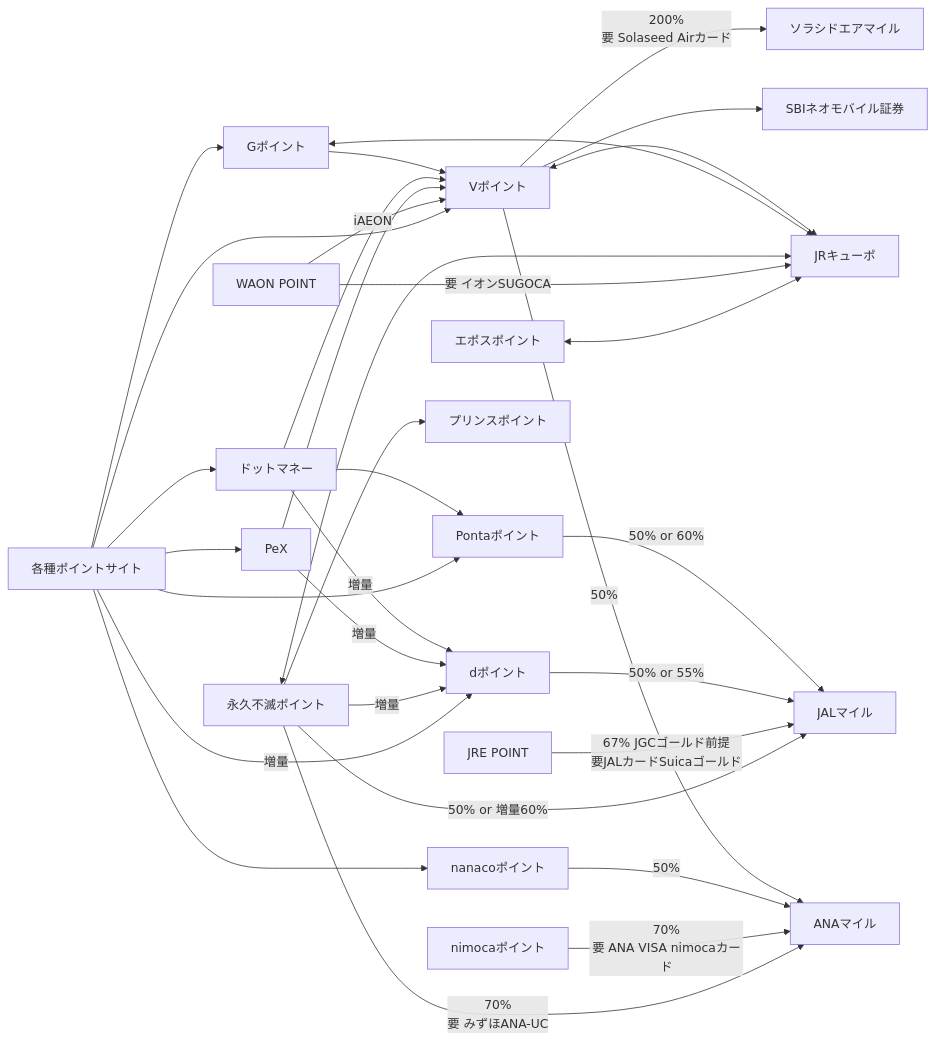
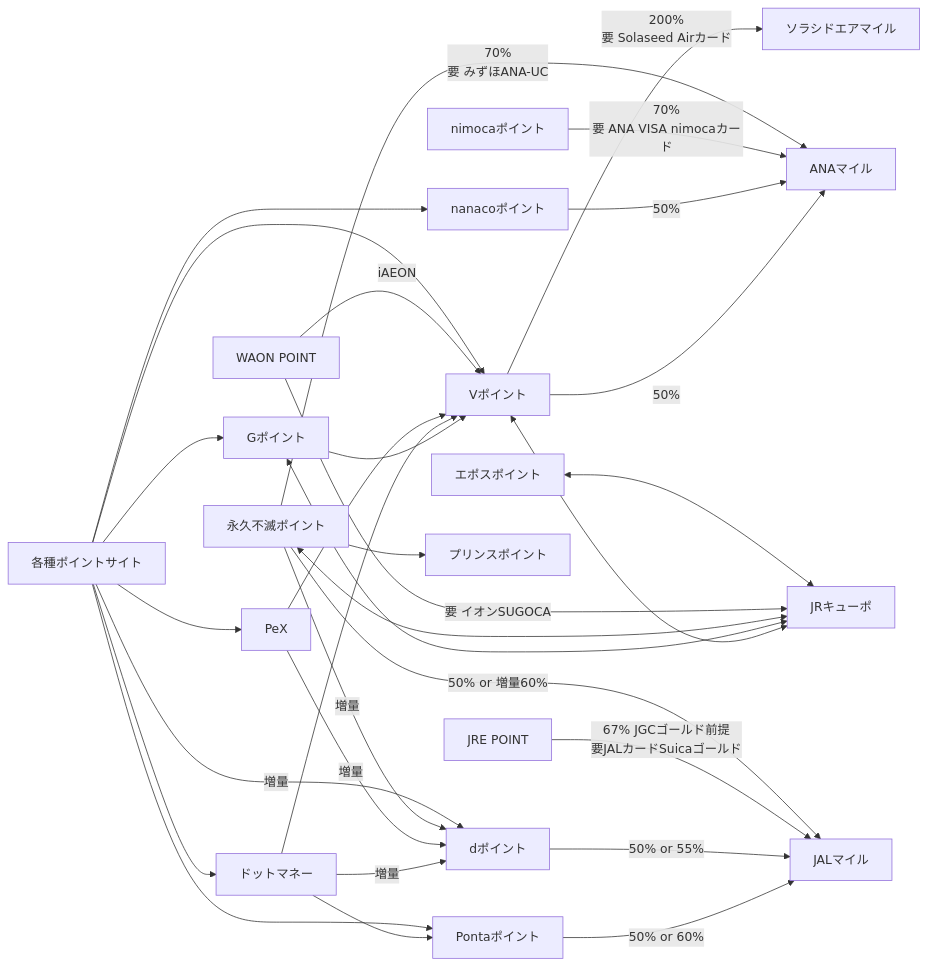
The diagram in README.md (hiroxto/point-flow), drawn with Mermaid before and after one commit.

Commit message:
SBIネオモバイル証券を削除

````diff
--- a/README.md
+++ b/README.md
@@ -5,38 +5,37 @@
 ```mermaid
 flowchart LR
 
 各種ポイントサイト-->PeX
 各種ポイントサイト-->ドットマネー
 各種ポイントサイト-->Gポイント
 各種ポイントサイト-->|増量|dポイント
 各種ポイントサイト-->Pontaポイント
 各種ポイントサイト-->Vポイント
 各種ポイントサイト-->nanacoポイント
 
 Vポイント-->|200%\n要 Solaseed Airカード|ソラシドエアマイル
 エポスポイント<-->JRキューポ
 WAONP[WAON POINT]-->|要 イオンSUGOCA|JRキューポ
 WAONP-->|iAEON|Vポイント
 永久不滅ポイント<-->JRキューポ
 永久不滅ポイント-->|50% or 増量60%|JALマイル
 永久不滅ポイント-->|70%\n要 みずほANA-UC|ANAマイル
 永久不滅ポイント-->|増量|dポイント
 永久不滅ポイント-->プリンスポイント
 JREP[JRE POINT]-->|67% JGCゴールド前提\n要JALカードSuicaゴールド|JALマイル
 
 PeX-->Vポイント
 PeX-->|増量|dポイント
 ドットマネー-->Vポイント
 ドットマネー-->|増量|dポイント
 ドットマネー-->Pontaポイント
 Gポイント-->Vポイント
 Gポイント<-->JRキューポ
 nimocaポイント-->|70%\n要 ANA VISA nimocaカード|ANAマイル
 
 nanacoポイント-->|50%|ANAマイル
 Vポイント-->|50%|ANAマイル
 Vポイント<-->JRキューポ
 dポイント-->|50% or 55%|JALマイル
 Pontaポイント-->|50% or 60%|JALマイル
-Vポイント-->SBIネオモバイル証券
 ```
````
